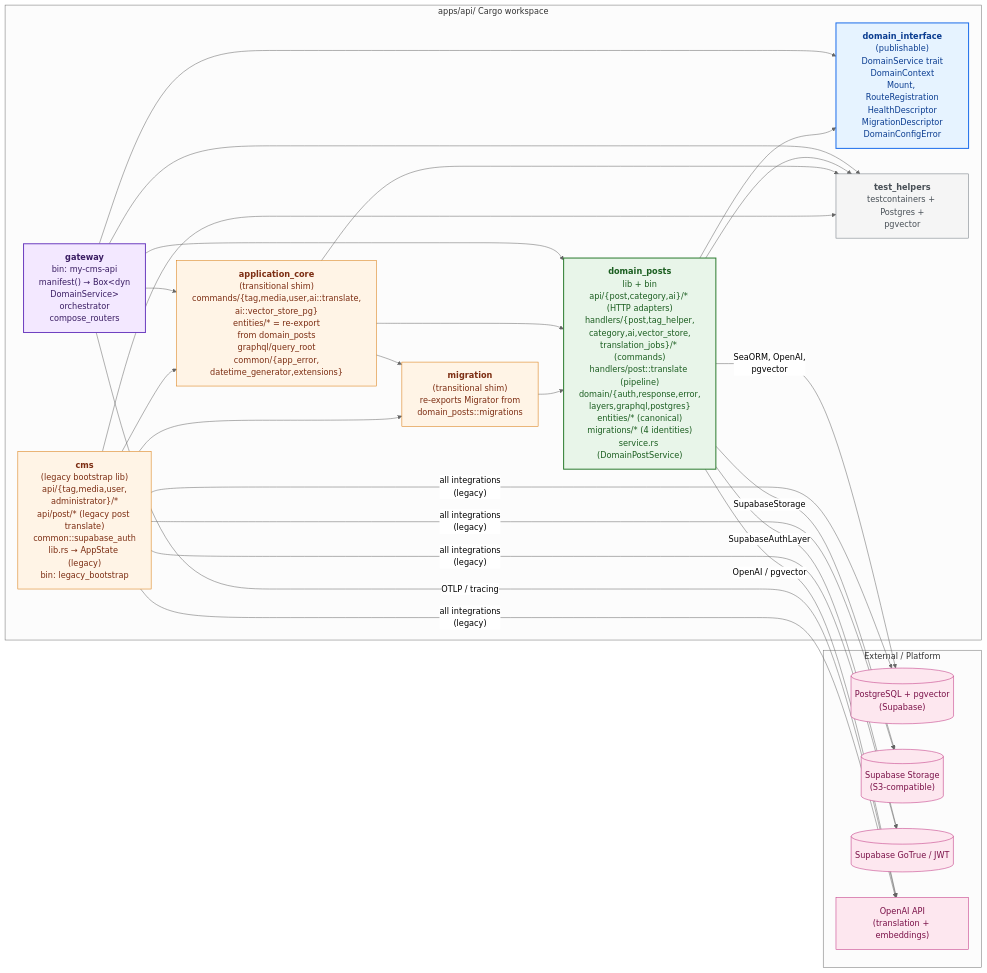
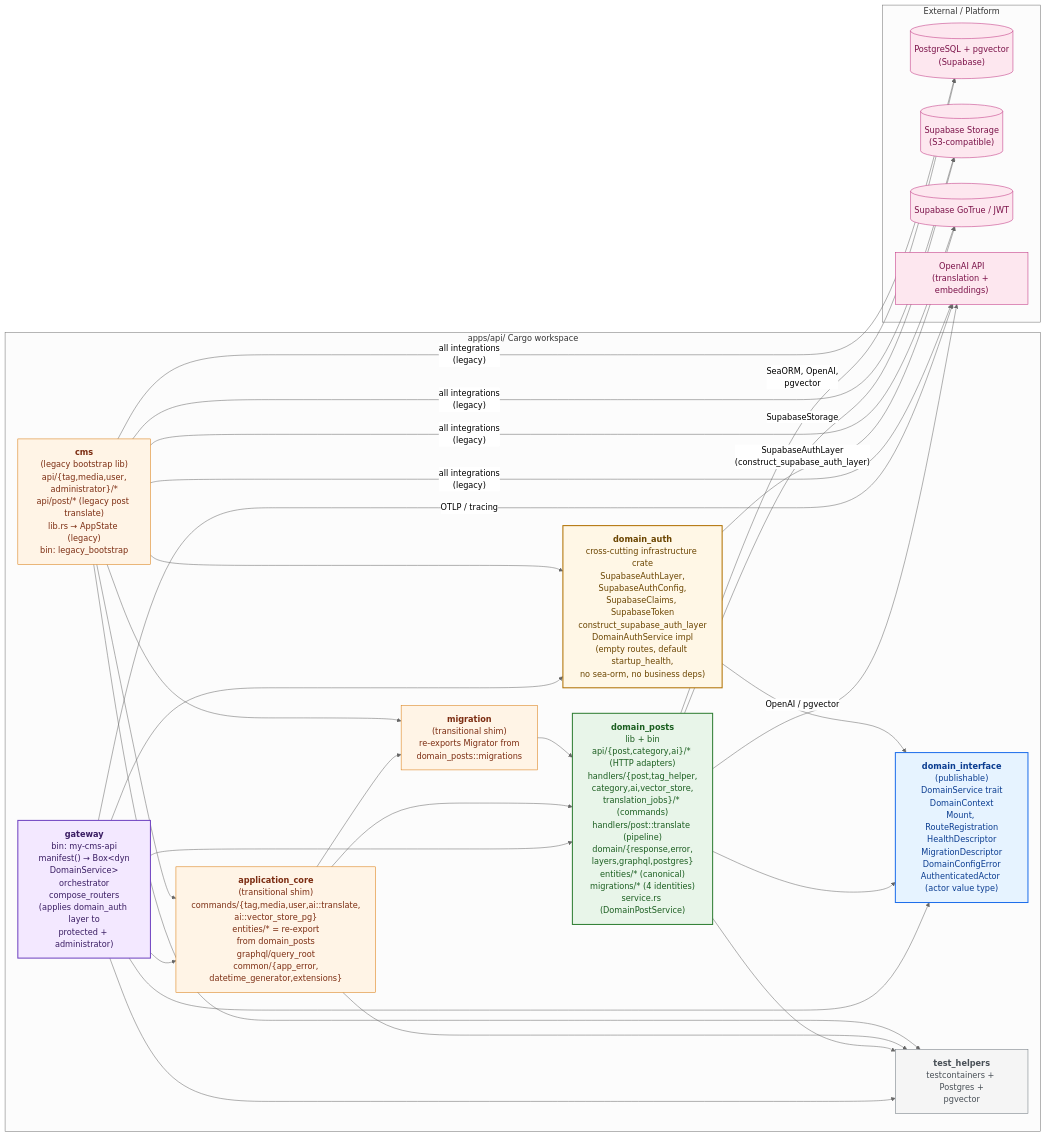
The first of 10 diagrams in docs/api-architecture.md (doitsu2014/my-cms), drawn with Mermaid (neutral theme) before and after one commit. The commit also changed other lines of this file and 65 other files, not shown here.

First line of the commit message:
feat: extract authentication layer into a self-contained domain_auth crate

````diff
--- a/docs/api-architecture.md
+++ b/docs/api-architecture.md
@@ -7,61 +7,68 @@
 ```mermaid
 graph LR
     subgraph ws["apps/api/  Cargo workspace"]
-        DI["<b>domain_interface</b><br/>(publishable)<br/>DomainService trait<br/>DomainContext<br/>Mount, RouteRegistration<br/>HealthDescriptor<br/>MigrationDescriptor<br/>DomainConfigError"]
-        DP["<b>domain_posts</b><br/>lib + bin<br/>api/{post,category,ai}/* (HTTP adapters)<br/>handlers/{post,tag_helper,<br/>category,ai,vector_store,<br/>translation_jobs}/* (commands)<br/>handlers/post::translate (pipeline)<br/>domain/{auth,response,error,<br/>layers,graphql,postgres}<br/>entities/* (canonical)<br/>migrations/* (4 identities)<br/>service.rs (DomainPostService)"]
-        GW["<b>gateway</b><br/>bin: my-cms-api<br/>manifest() → Box&lt;dyn<br/>DomainService&gt;<br/>orchestrator<br/>compose_routers"]
+        DI["<b>domain_interface</b><br/>(publishable)<br/>DomainService trait<br/>DomainContext<br/>Mount, RouteRegistration<br/>HealthDescriptor<br/>MigrationDescriptor<br/>DomainConfigError<br/>AuthenticatedActor (actor value type)"]
+        DA["<b>domain_auth</b><br/>cross-cutting infrastructure crate<br/>SupabaseAuthLayer,<br/>SupabaseAuthConfig,<br/>SupabaseClaims, SupabaseToken<br/>construct_supabase_auth_layer<br/>DomainAuthService impl<br/>(empty routes, default startup_health,<br/>no sea-orm, no business deps)"]
+        DP["<b>domain_posts</b><br/>lib + bin<br/>api/{post,category,ai}/* (HTTP adapters)<br/>handlers/{post,tag_helper,<br/>category,ai,vector_store,<br/>translation_jobs}/* (commands)<br/>handlers/post::translate (pipeline)<br/>domain/{response,error,<br/>layers,graphql,postgres}<br/>entities/* (canonical)<br/>migrations/* (4 identities)<br/>service.rs (DomainPostService)"]
+        GW["<b>gateway</b><br/>bin: my-cms-api<br/>manifest() → Box&lt;dyn<br/>DomainService&gt;<br/>orchestrator<br/>compose_routers<br/>(applies domain_auth layer to<br/>protected + administrator)"]
         AC["<b>application_core</b><br/>(transitional shim)<br/>commands/{tag,media,user,ai::translate,<br/>ai::vector_store_pg}<br/>entities/* = re-export<br/>from domain_posts<br/>graphql/query_root<br/>common/{app_error,<br/>datetime_generator,extensions}"]
         MIG["<b>migration</b><br/>(transitional shim)<br/>re-exports Migrator from<br/>domain_posts::migrations"]
         TH["<b>test_helpers</b><br/>testcontainers + Postgres +<br/>pgvector"]
-        CMS["<b>cms</b><br/>(legacy bootstrap lib)<br/>api/{tag,media,user,<br/>administrator}/*<br/>api/post/* (legacy post translate)<br/>common::supabase_auth<br/>lib.rs → AppState (legacy)<br/>bin: legacy_bootstrap"]
+        CMS["<b>cms</b><br/>(legacy bootstrap lib)<br/>api/{tag,media,user,<br/>administrator}/*<br/>api/post/* (legacy post translate)<br/>lib.rs → AppState (legacy)<br/>bin: legacy_bootstrap"]
     end
 
     subgraph ext["External / Platform"]
         DB[("PostgreSQL + pgvector<br/>(Supabase)")]
         STORE[("Supabase Storage<br/>(S3-compatible)")]
         AUTH[("Supabase GoTrue / JWT")]
         OAI["OpenAI API<br/>(translation + embeddings)"]
     end
 
     GW --> DI
     GW --> DP
+    GW --> DA
     GW --> AC
     GW --> TH
 
     DP --> DI
     DP --> TH
+
+    DA --> DI
 
     AC --> MIG
     AC --> TH
     AC --> DP
 
     MIG --> DP
 
     CMS --> AC
     CMS --> MIG
     CMS --> TH
+    CMS --> DA
 
     DP -- "SeaORM, OpenAI,<br/>pgvector" --> DB
     DP -- "OpenAI / pgvector" --> OAI
     DP -- "SupabaseStorage" --> STORE
-    DP -- "SupabaseAuthLayer" --> AUTH
+    DA -- "SupabaseAuthLayer<br/>(construct_supabase_auth_layer)" --> AUTH
     GW -- "OTLP / tracing" --> OAI
     CMS -- "all integrations<br/>(legacy)" --> DB
     CMS -- "all integrations<br/>(legacy)" --> STORE
     CMS -- "all integrations<br/>(legacy)" --> AUTH
     CMS -- "all integrations<br/>(legacy)" --> OAI
 
     classDef contract fill:#e6f3ff,stroke:#1f6feb,stroke-width:2px,color:#0b3d91
     classDef domain fill:#e8f5e9,stroke:#2e7d32,stroke-width:2px,color:#1b5e20
+    classDef infra fill:#fff7e6,stroke:#b07000,stroke-width:2px,color:#6b4500
     classDef gateway fill:#f3e8ff,stroke:#6f42c1,stroke-width:2px,color:#3a1d63
     classDef shim fill:#fff4e6,stroke:#d97706,stroke-width:1px,color:#7c2d12
     classDef ext fill:#fde7ef,stroke:#bf2c7e,stroke-width:1px,color:#7a1148
     classDef helper fill:#f5f5f5,stroke:#6c757d,stroke-width:1px,color:#495057
 
     class DI contract
     class DP domain
+    class DA infra
     class GW gateway
     class AC,MIG,CMS shim
     class TH helper
     class DB,STORE,AUTH,OAI ext
 ```
````
